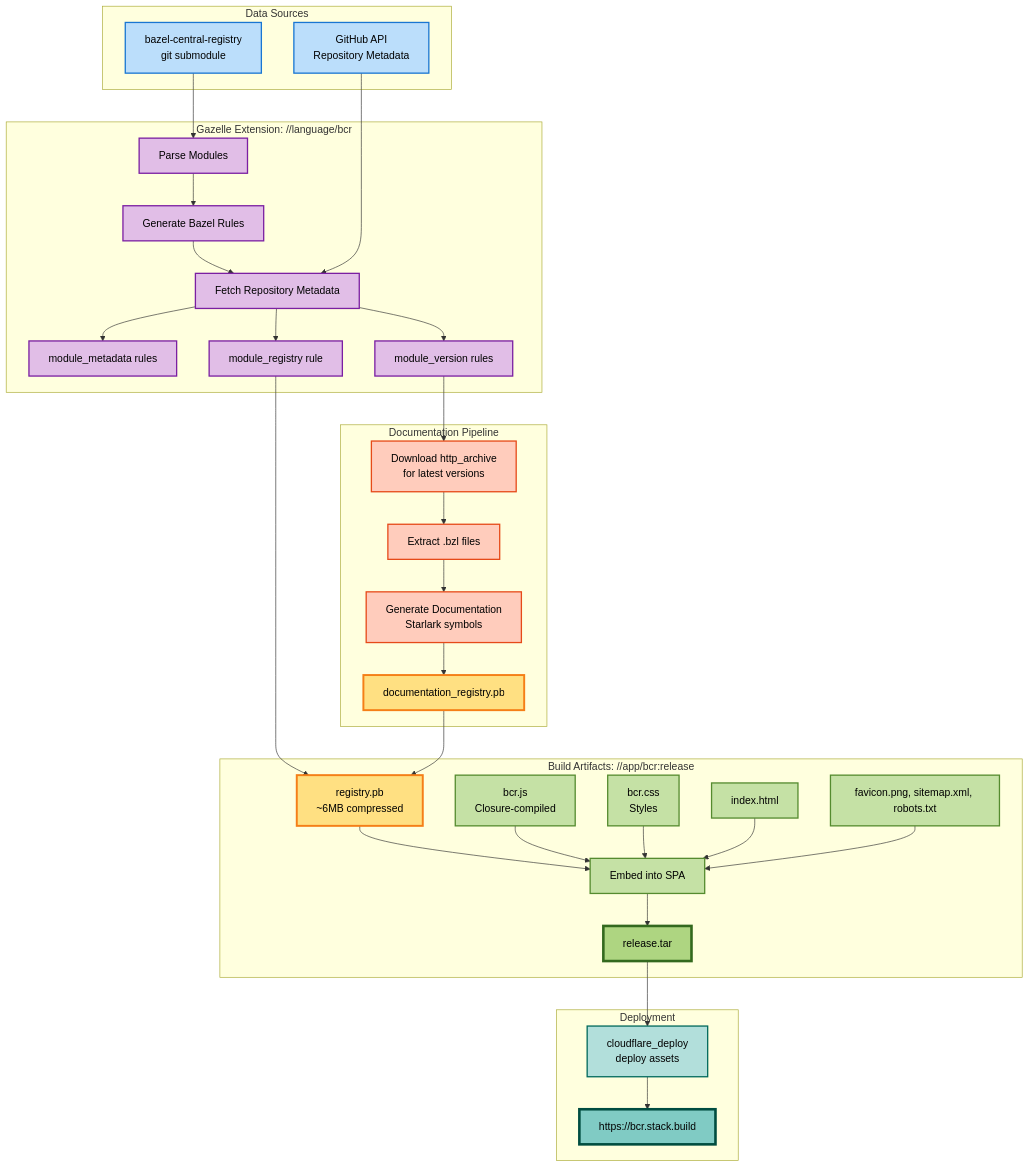
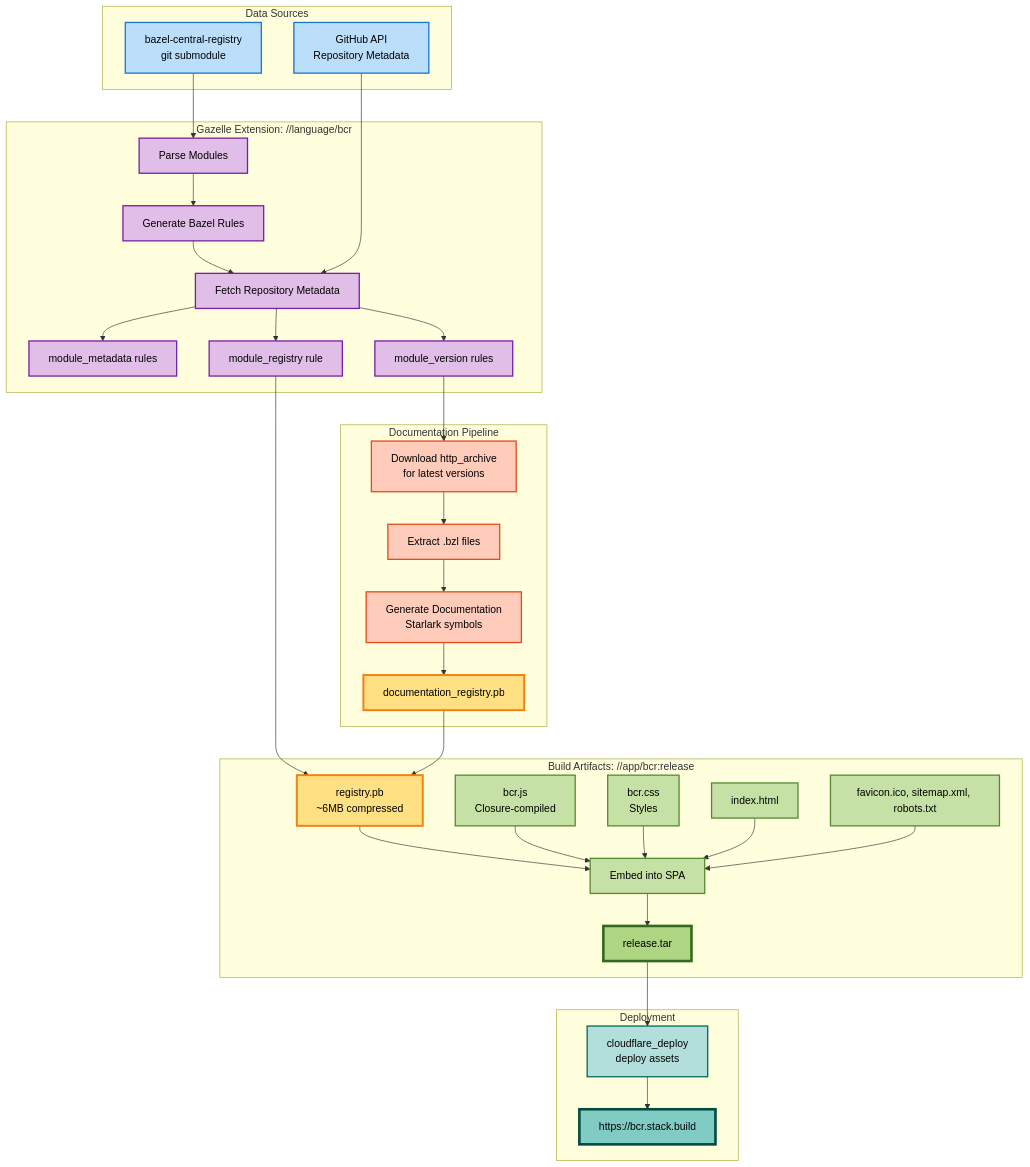
Before and after one commit to intrinsic-opensource/rcr-ui: the diagram in README.md, drawn with Mermaid. The commit also changed 5 other files, not shown here.

````diff
--- a/README.md
+++ b/README.md
@@ -86,71 +86,71 @@
 ```mermaid
 graph TB
     subgraph "Data Sources"
         BCR[bazel-central-registry<br/>git submodule]
         GH[GitHub API<br/>Repository Metadata]
     end
 
     subgraph "Gazelle Extension: //language/bcr"
         BCR --> Parse[Parse Modules]
         Parse --> GenRules[Generate Bazel Rules]
         GenRules --> FetchMeta[Fetch Repository Metadata]
         GH --> FetchMeta
         FetchMeta --> ModMeta[module_metadata rules]
         FetchMeta --> ModVer[module_version rules]
         FetchMeta --> ModReg[module_registry rule]
     end
 
     subgraph "Documentation Pipeline"
         ModVer --> DownloadArchives[Download http_archive<br/>for latest versions]
         DownloadArchives --> ExtractBzl[Extract .bzl files]
         ExtractBzl --> GenDocs[Generate Documentation<br/>Starlark symbols]
         GenDocs --> DocProto[documentation_registry.pb]
     end
 
     subgraph "Build Artifacts: //app/bcr:release"
         ModReg --> RegProto[registry.pb<br/>~6MB compressed]
         DocProto --> RegProto
         RegProto --> Embed[Embed into SPA]
         JS[bcr.js<br/>Closure-compiled] --> Embed
         CSS[bcr.css<br/>Styles] --> Embed
         HTML[index.html] --> Embed
-        Assets[favicon.png, sitemap.xml, robots.txt] --> Embed
+        Assets[favicon.ico, sitemap.xml, robots.txt] --> Embed
         Embed --> ReleaseTar[release.tar]
     end
 
     subgraph "Deployment"
         ReleaseTar --> Deploy[cloudflare_deploy<br/>deploy assets]
         Deploy --> Live[https://bcr.stack.build]
     end
 
     %% Data Sources - Light Blue with darker borders
     style BCR fill:#bbdefb,stroke:#1976d2,stroke-width:2px,color:#000
     style GH fill:#bbdefb,stroke:#1976d2,stroke-width:2px,color:#000
 
     %% Gazelle Extension - Light Purple
     style Parse fill:#e1bee7,stroke:#7b1fa2,stroke-width:2px,color:#000
     style GenRules fill:#e1bee7,stroke:#7b1fa2,stroke-width:2px,color:#000
     style FetchMeta fill:#e1bee7,stroke:#7b1fa2,stroke-width:2px,color:#000
     style ModMeta fill:#e1bee7,stroke:#7b1fa2,stroke-width:2px,color:#000
     style ModVer fill:#e1bee7,stroke:#7b1fa2,stroke-width:2px,color:#000
     style ModReg fill:#e1bee7,stroke:#7b1fa2,stroke-width:2px,color:#000
 
     %% Documentation Pipeline - Light Orange
     style DownloadArchives fill:#ffccbc,stroke:#e64a19,stroke-width:2px,color:#000
     style ExtractBzl fill:#ffccbc,stroke:#e64a19,stroke-width:2px,color:#000
     style GenDocs fill:#ffccbc,stroke:#e64a19,stroke-width:2px,color:#000
     style DocProto fill:#ffe082,stroke:#f57f17,stroke-width:3px,color:#000
 
     %% Build Artifacts - Light Green
     style RegProto fill:#ffe082,stroke:#f57f17,stroke-width:3px,color:#000
     style Embed fill:#c5e1a5,stroke:#558b2f,stroke-width:2px,color:#000
     style JS fill:#c5e1a5,stroke:#558b2f,stroke-width:2px,color:#000
     style CSS fill:#c5e1a5,stroke:#558b2f,stroke-width:2px,color:#000
     style HTML fill:#c5e1a5,stroke:#558b2f,stroke-width:2px,color:#000
     style Assets fill:#c5e1a5,stroke:#558b2f,stroke-width:2px,color:#000
     style ReleaseTar fill:#aed581,stroke:#33691e,stroke-width:4px,color:#000
 
     %% Deployment - Light Teal
     style Deploy fill:#b2dfdb,stroke:#00695c,stroke-width:2px,color:#000
     style Live fill:#80cbc4,stroke:#004d40,stroke-width:4px,color:#000
 ```
````
